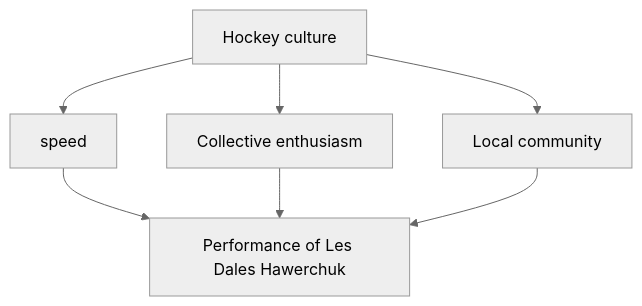
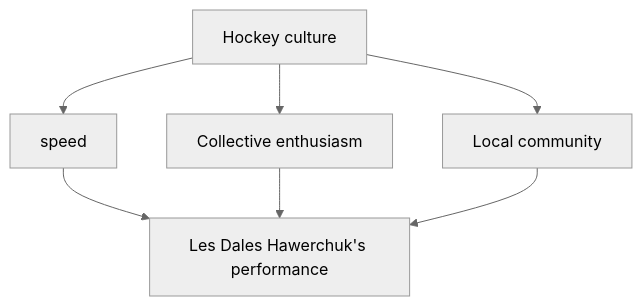
The eighth of 10 diagrams in en/_posts/2026-05-09-column-les-dales-hawerchuk.md (monumental-movement/monumental-movement.github.io), drawn with Mermaid (neutral theme) before and after one commit. The commit also changed other lines of this file and 2196 other files, not shown here.

```diff
--- a/en/_posts/2026-05-09-column-les-dales-hawerchuk.md
+++ b/en/_posts/2026-05-09-column-les-dales-hawerchuk.md
@@ -533,9 +533,9 @@
 <div class="mermaid">
 graph TD
 A["Hockey culture"] --> B["speed"]
 A --> C["Collective enthusiasm"]
 A --> D["Local community"]
-B --> E["Performance of Les Dales Hawerchuk"]
+B --> E["Les Dales Hawerchuk's performance"]
 C --> E
 D --> E
 </div>
```
